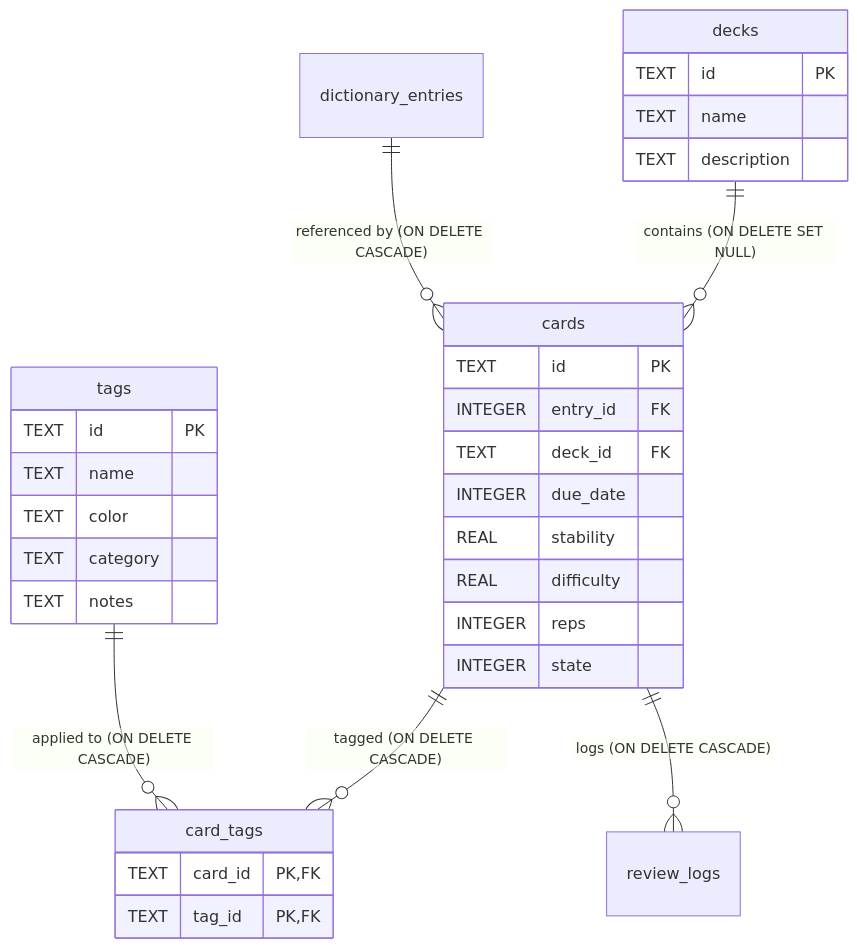
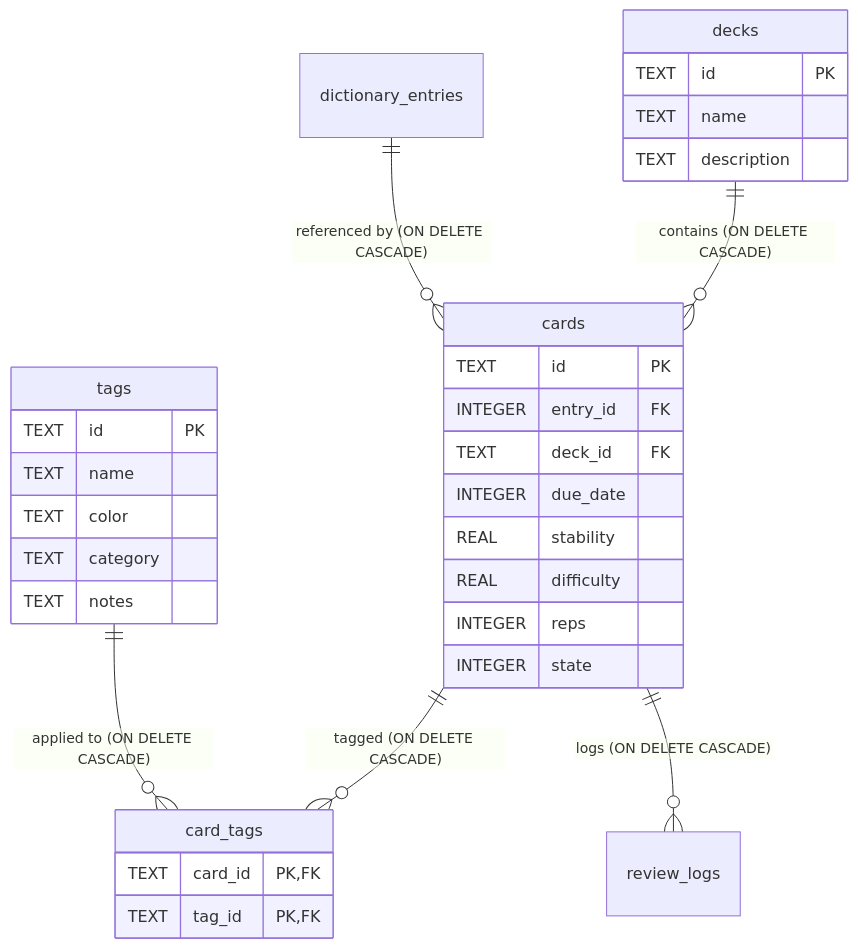
Before and after one commit to ErickG123/yomiflow: the diagram in .agents/context_srs_relational.md, drawn with Mermaid. The commit also changed other lines of this file and 10 other files, not shown here.

Commit message:
refactor(srs & notebook): reinforce foreign key cascade on decks and add auto/manual analysis modes with cursor preservation

````diff
--- a/.agents/context_srs_relational.md
+++ b/.agents/context_srs_relational.md
@@ -6,38 +6,38 @@
 ```mermaid
 erDiagram
-    decks ||--o{ cards : "contains (ON DELETE SET NULL)"
+    decks ||--o{ cards : "contains (ON DELETE CASCADE)"
     dictionary_entries ||--o{ cards : "referenced by (ON DELETE CASCADE)"
     cards ||--o{ card_tags : "tagged (ON DELETE CASCADE)"
     tags ||--o{ card_tags : "applied to (ON DELETE CASCADE)"
     cards ||--o{ review_logs : "logs (ON DELETE CASCADE)"
 
     decks {
         TEXT id PK
         TEXT name
         TEXT description
     }
 
     tags {
         TEXT id PK
         TEXT name
         TEXT color
         TEXT category
         TEXT notes
     }
 
     cards {
         TEXT id PK
         INTEGER entry_id FK
         TEXT deck_id FK
         INTEGER due_date
         REAL stability
         REAL difficulty
         INTEGER reps
         INTEGER state
     }
 
     card_tags {
         TEXT card_id PK, FK
         TEXT tag_id PK, FK
     }
 ```
````
